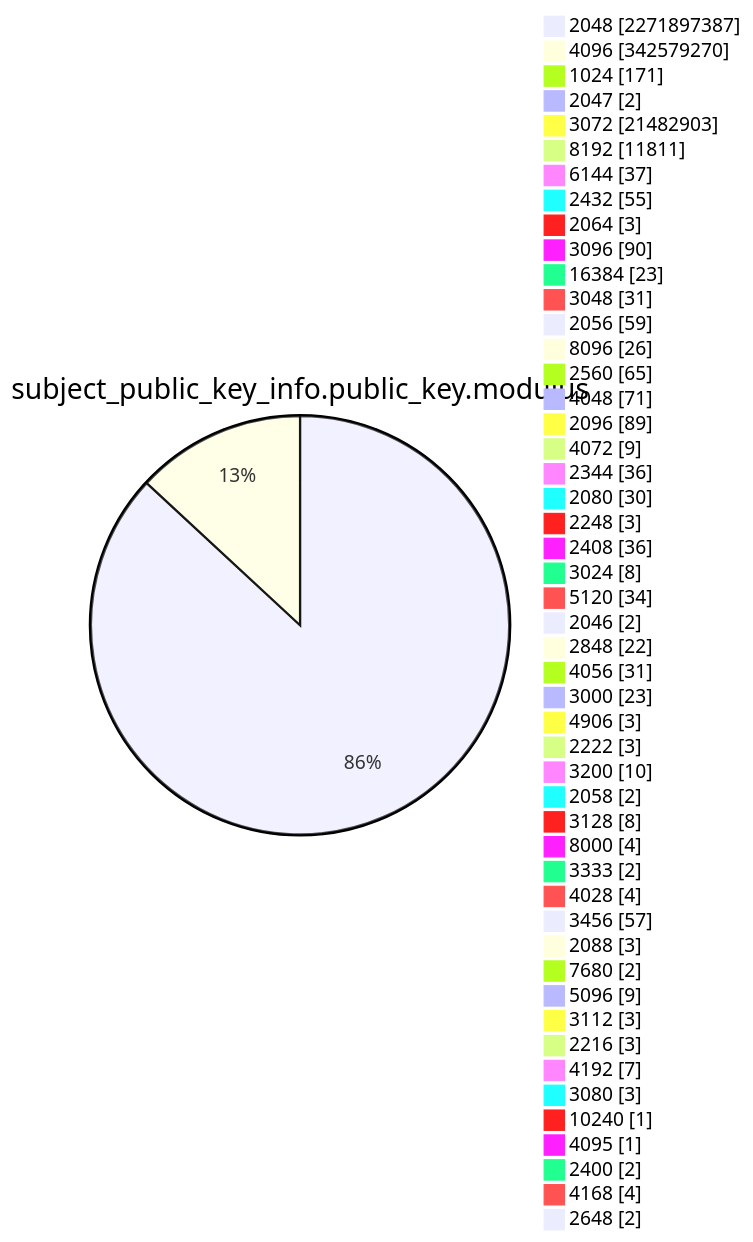
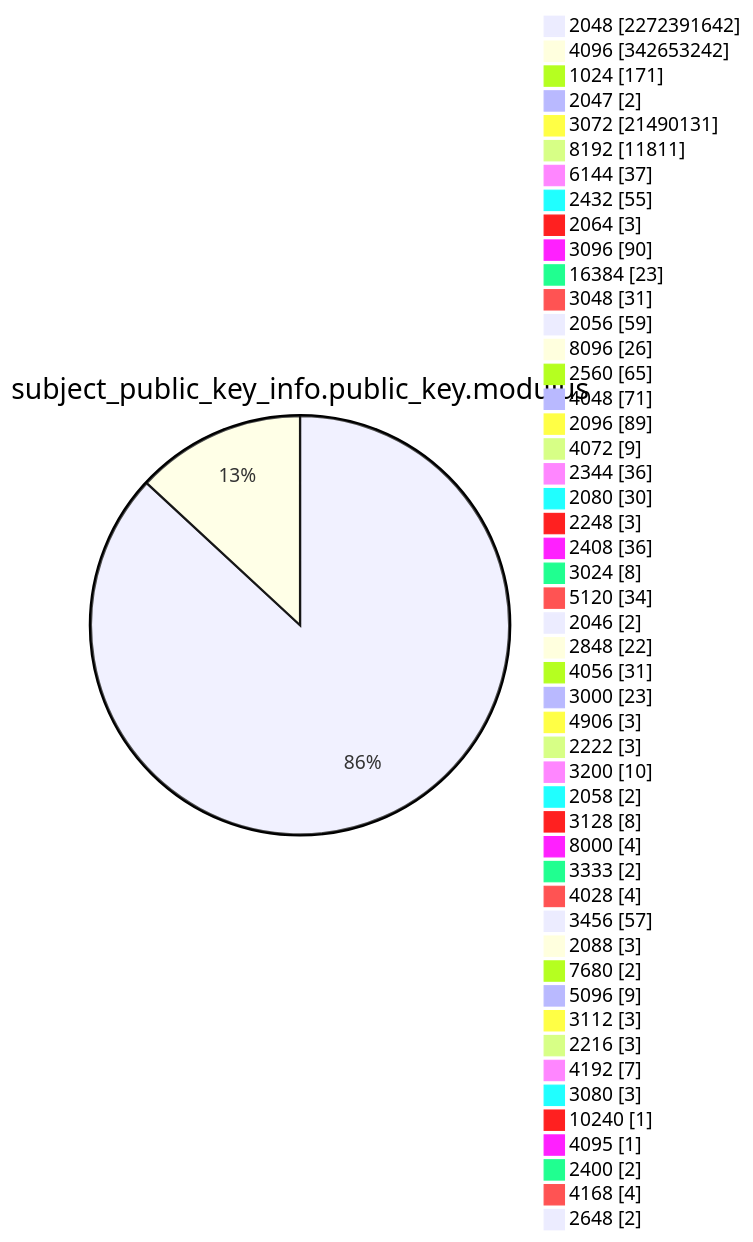
Diagram 13 of 15 in TOTAL/README.md (christiankrug/ctmonitor_visualization), drawn with Mermaid before and after one commit. The commit also changed other lines of this file, not shown here.

````diff
--- a/TOTAL/README.md
+++ b/TOTAL/README.md
@@ -4167,53 +4167,53 @@
 ```mermaid
 pie showData
 title subject_public_key_info.public_key.modulus
-"2048" :2271897387
-"4096" :342579270
+"2048" :2272391642
+"4096" :342653242
 "1024" :171
 "2047" :2
-"3072" :21482903
+"3072" :21490131
 "8192" :11811
 "6144" :37
 "2432" :55
 "2064" :3
 "3096" :90
 "16384" :23
 "3048" :31
 "2056" :59
 "8096" :26
 "2560" :65
 "4048" :71
 "2096" :89
 "4072" :9
 "2344" :36
 "2080" :30
 "2248" :3
 "2408" :36
 "3024" :8
 "5120" :34
 "2046" :2
 "2848" :22
 "4056" :31
 "3000" :23
 "4906" :3
 "2222" :3
 "3200" :10
 "2058" :2
 "3128" :8
 "8000" :4
 "3333" :2
 "4028" :4
 "3456" :57
 "2088" :3
 "7680" :2
 "5096" :9
 "3112" :3
 "2216" :3
 "4192" :7
 "3080" :3
 "10240" :1
 "4095" :1
 "2400" :2
 "4168" :4
 "2648" :2
 ```
````
